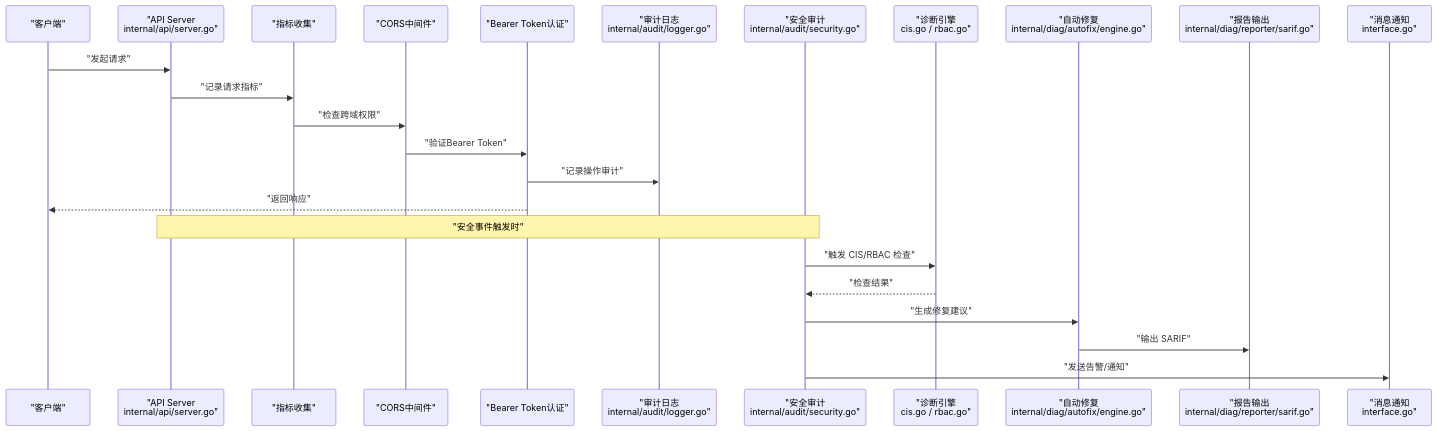
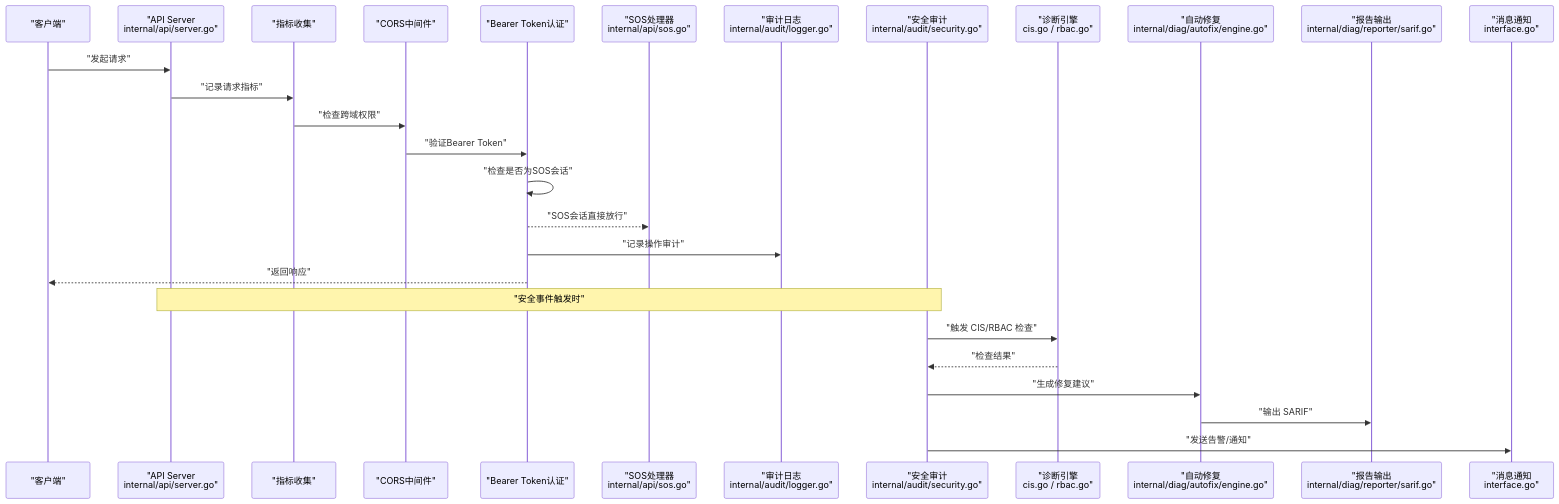
Before and after one commit to kudig-io/klaw: the second of 9 diagrams in .qoder/repowiki/zh/content/系统架构/安全架构.md, drawn with Mermaid. The commit also changed other lines of this file and 257 other files, not shown here.

````diff
--- a/.qoder/repowiki/zh/content/系统架构/安全架构.md
+++ b/.qoder/repowiki/zh/content/系统架构/安全架构.md
@@ -152,26 +158,29 @@
 ```mermaid
 sequenceDiagram
 participant Client as "客户端"
 participant API as "API Server<br/>internal/api/server.go"
 participant Metrics as "指标收集"
 participant CORS as "CORS中间件"
 participant Auth as "Bearer Token认证"
+participant SOS as "SOS处理器<br/>internal/api/sos.go"
 participant Audit as "审计日志<br/>internal/audit/logger.go"
 participant Sec as "安全审计<br/>internal/audit/security.go"
 participant Diag as "诊断引擎<br/>cis.go / rbac.go"
 participant Fix as "自动修复<br/>internal/diag/autofix/engine.go"
 participant Report as "报告输出<br/>internal/diag/reporter/sarif.go"
 participant Notify as "消息通知<br/>interface.go"
 Client->>API : "发起请求"
 API->>Metrics : "记录请求指标"
 Metrics->>CORS : "检查跨域权限"
 CORS->>Auth : "验证Bearer Token"
+Auth->>Auth : "检查是否为SOS会话"
+Auth-->>SOS : "SOS会话直接放行"
 Auth->>Audit : "记录操作审计"
 Auth-->>Client : "返回响应"
 Note over API,Sec : "安全事件触发时"
 Sec->>Diag : "触发 CIS/RBAC 检查"
 Diag-->>Sec : "检查结果"
 Sec->>Fix : "生成修复建议"
 Fix->>Report : "输出 SARIF"
 Sec->>Notify : "发送告警/通知"
 ```
````
